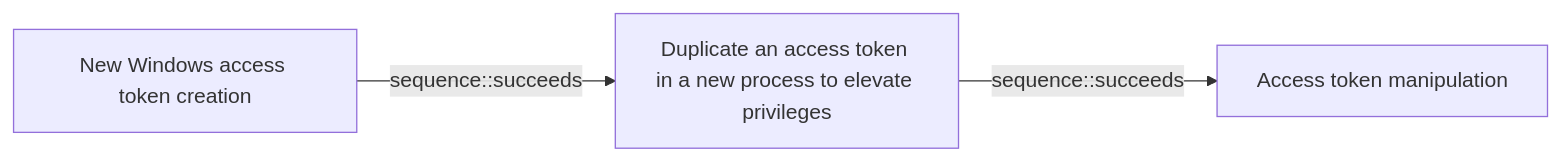
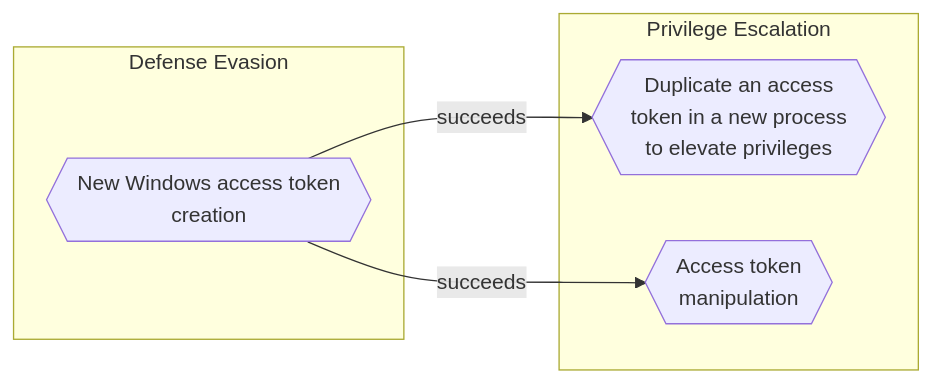
The diagram in docs/threats/new-windows-access-token-creation.md (opentidehq/library), drawn with Mermaid before and after one commit. The commit also changed other lines of this file and 540 other files, not shown here.

````diff
--- a/docs/threats/new-windows-access-token-creation.md
+++ b/docs/threats/new-windows-access-token-creation.md
@@ -115,8 +128,12 @@
 ```mermaid
 flowchart LR
-1962f0c7_2f2f_4b4c_bab0_733af8033595["New Windows access token creation"]
-349348ca_66f5_41d2_8610_6bb61556d773["Duplicate an access token in a new process to elevate privileges"]
-2404055a_10f8_4c50_9e9b_0f26756e7838["Access token manipulation"]
-1962f0c7_2f2f_4b4c_bab0_733af8033595 -->|sequence::succeeds| 349348ca_66f5_41d2_8610_6bb61556d773
-349348ca_66f5_41d2_8610_6bb61556d773 -->|sequence::succeeds| 2404055a_10f8_4c50_9e9b_0f26756e7838
+subgraph "Defense Evasion"
+1962f0c7_2f2f_4b4c_bab0_733af8033595{{"New Windows access token<br>creation"}}
+end
+subgraph "Privilege Escalation"
+349348ca_66f5_41d2_8610_6bb61556d773{{"Duplicate an access<br>token in a new process<br>to elevate privileges"}}
+2404055a_10f8_4c50_9e9b_0f26756e7838{{"Access token<br>manipulation"}}
+end
+1962f0c7_2f2f_4b4c_bab0_733af8033595 -->|succeeds| 349348ca_66f5_41d2_8610_6bb61556d773
+1962f0c7_2f2f_4b4c_bab0_733af8033595 -->|succeeds| 2404055a_10f8_4c50_9e9b_0f26756e7838
 ```
````
